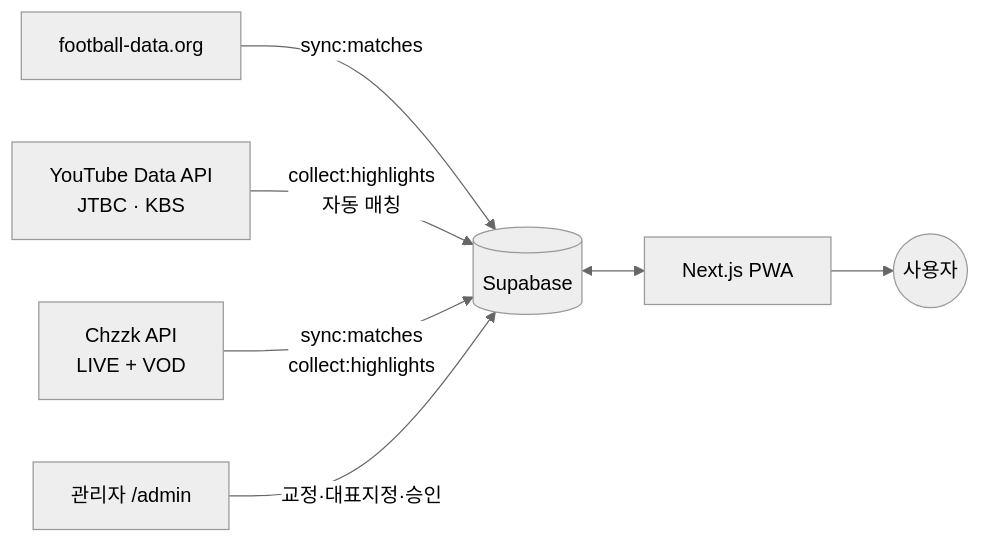
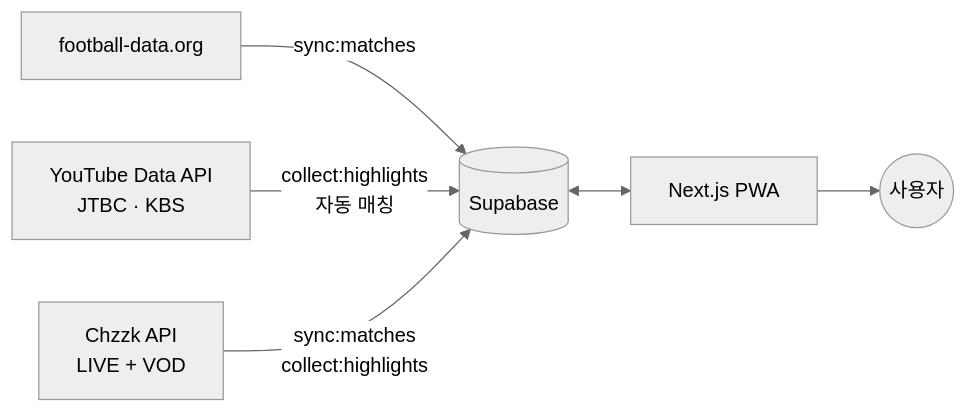
The diagram in README.md (ingeun92/lighthigh), drawn with Mermaid (neutral theme) before and after one commit. The commit also changed other lines of this file, not shown here.

First line of the commit message:
docs: remove admin and sensitive config details from README

````diff
--- a/README.md
+++ b/README.md
@@ -39,9 +38,8 @@
 ```mermaid
 flowchart LR
   FD[football-data.org] -->|sync:matches| DB[(Supabase)]
   YT[YouTube Data API<br/>JTBC · KBS] -->|collect:highlights<br/>자동 매칭| DB
   CHZZK[Chzzk API<br/>LIVE + VOD] -->|sync:matches<br/>collect:highlights| DB
   DB <--> APP[Next.js PWA]
-  ADMIN[관리자 /admin] -->|교정·대표지정·승인| DB
   APP --> U((사용자))
 ```
````
